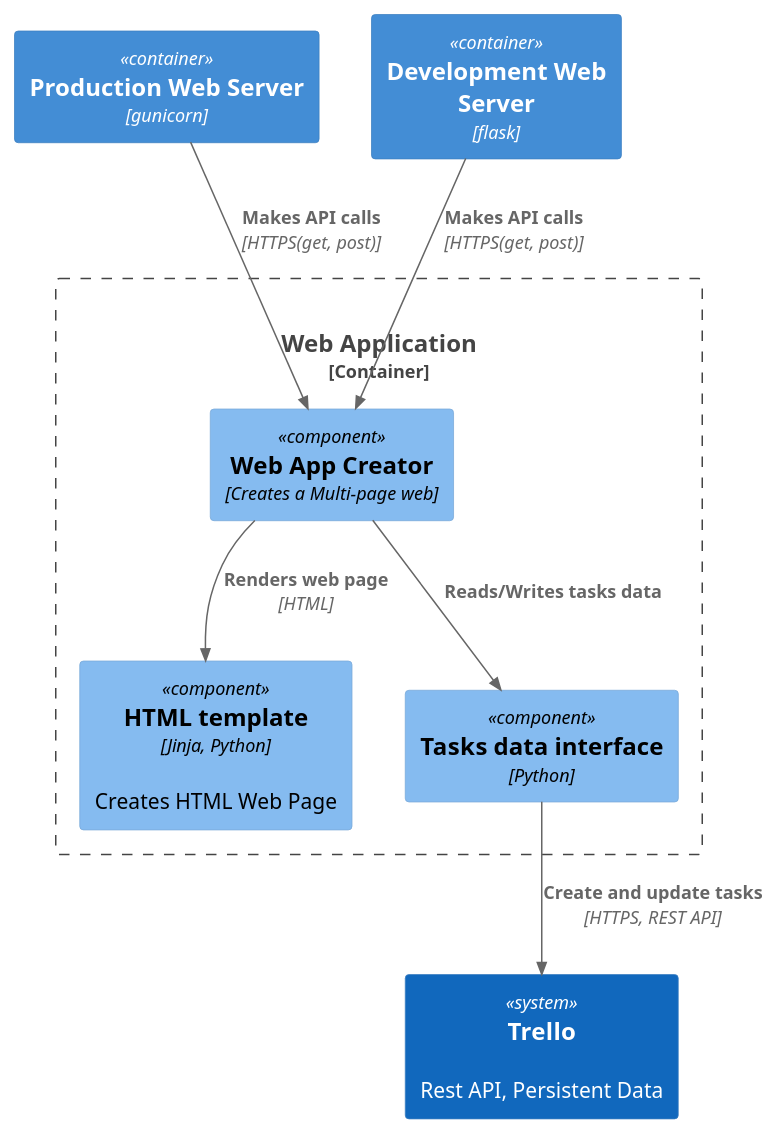
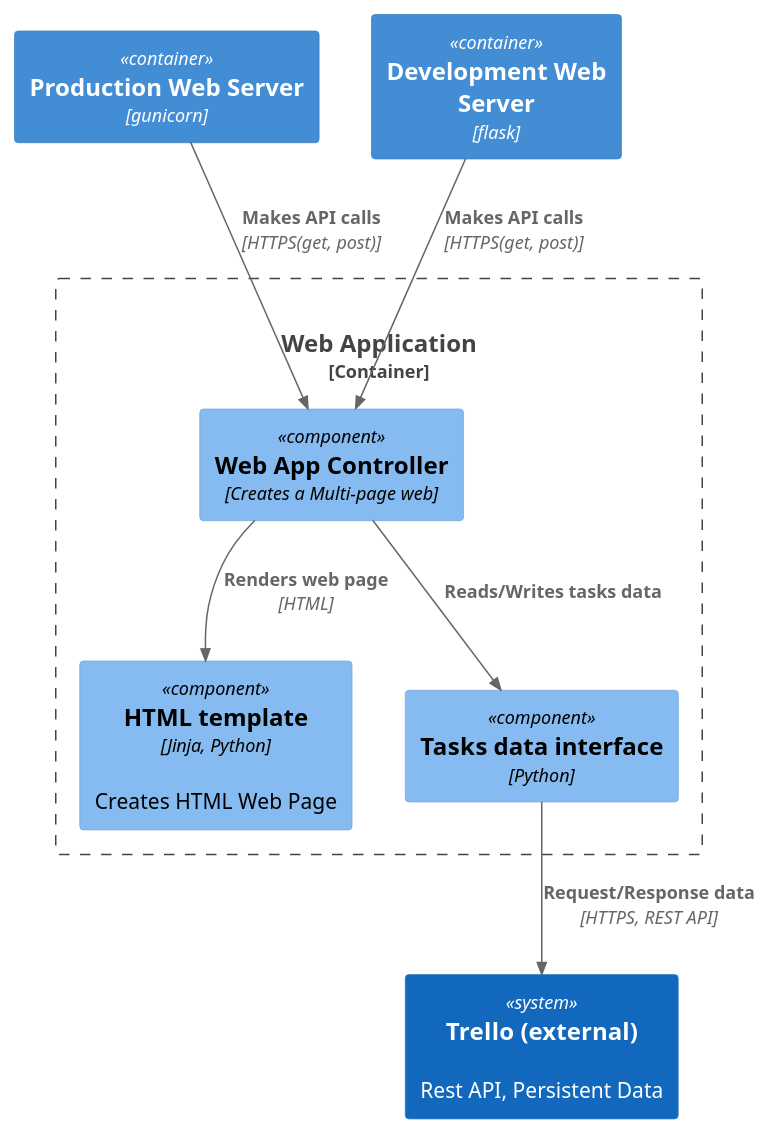
Before and after one commit to bytesontherocks/DevOps-Course-Starter: the diagram in documentation/architecture/component.puml, drawn with PlantUML. The commit also changed 7 other files, not shown here.

```diff
--- a/documentation/architecture/component.puml
+++ b/documentation/architecture/component.puml
@@ -1,19 +1,21 @@
-@startuml wep_application_component
+@startuml wep_application_component_diagram
+
 !include https://raw.githubusercontent.com/plantuml-stdlib/C4-PlantUML/master/C4_Component.puml
 Container(prod_web_server, "Production Web Server", "gunicorn", $link="https://github.com/plantuml-stdlib/C4-PlantUML/blob/master/LayoutOptions.md")
 Container(dev_web_server, "Development Web Server", "flask", $link="https://github.com/plantuml-stdlib/C4-PlantUML/blob/master/LayoutOptions.md")
 
 Container_Boundary(web_application, "Web Application", "Container") {
-    Component(web_creator, "Web App Creator", "Creates a Multi-page web")
+    Component(web_controller, "Web App Controller", "Creates a Multi-page web")
     Component(html_template, "HTML template", "Jinja, Python", "Creates HTML Web Page")
     Component(tasks_data, "Tasks data interface", "Python")
 }
 
-System(trello, "Trello", "Rest API, Persistent Data")
+System(trello, "Trello (external)", "Rest API, Persistent Data")
 
-Rel(prod_web_server, web_creator, "Makes API calls", "HTTPS(get, post)")
-Rel(dev_web_server, web_creator, "Makes API calls", "HTTPS(get, post)")
-Rel(web_creator, tasks_data, "Reads/Writes tasks data")
-Rel(tasks_data, trello, "Create and update tasks", "HTTPS, REST API")
-Rel(web_creator, html_template, "Renders web page", "HTML")
+Rel(prod_web_server, web_controller, "Makes API calls", "HTTPS(get, post)")
+Rel(dev_web_server, web_controller, "Makes API calls", "HTTPS(get, post)")
+Rel(web_controller, tasks_data, "Reads/Writes tasks data")
+Rel(tasks_data, trello,  "Request/Response data", "HTTPS, REST API")
+Rel(web_controller, html_template, "Renders web page", "HTML")
+
 @enduml
```
